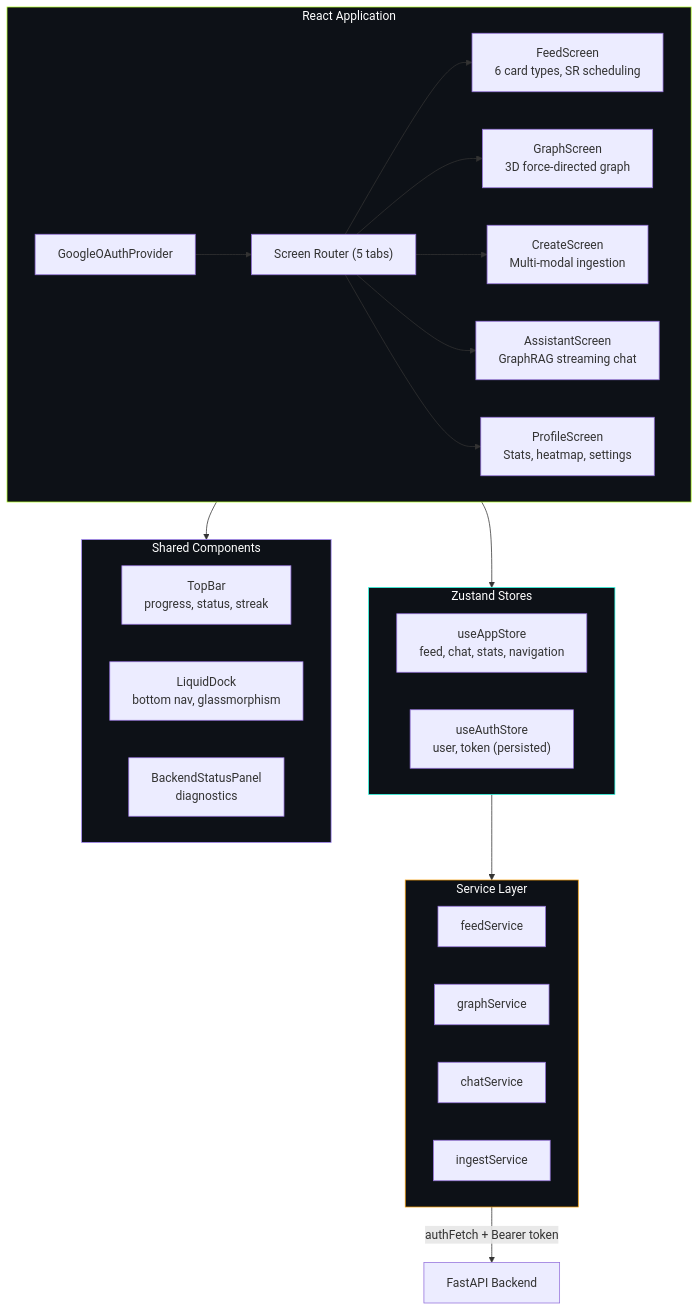
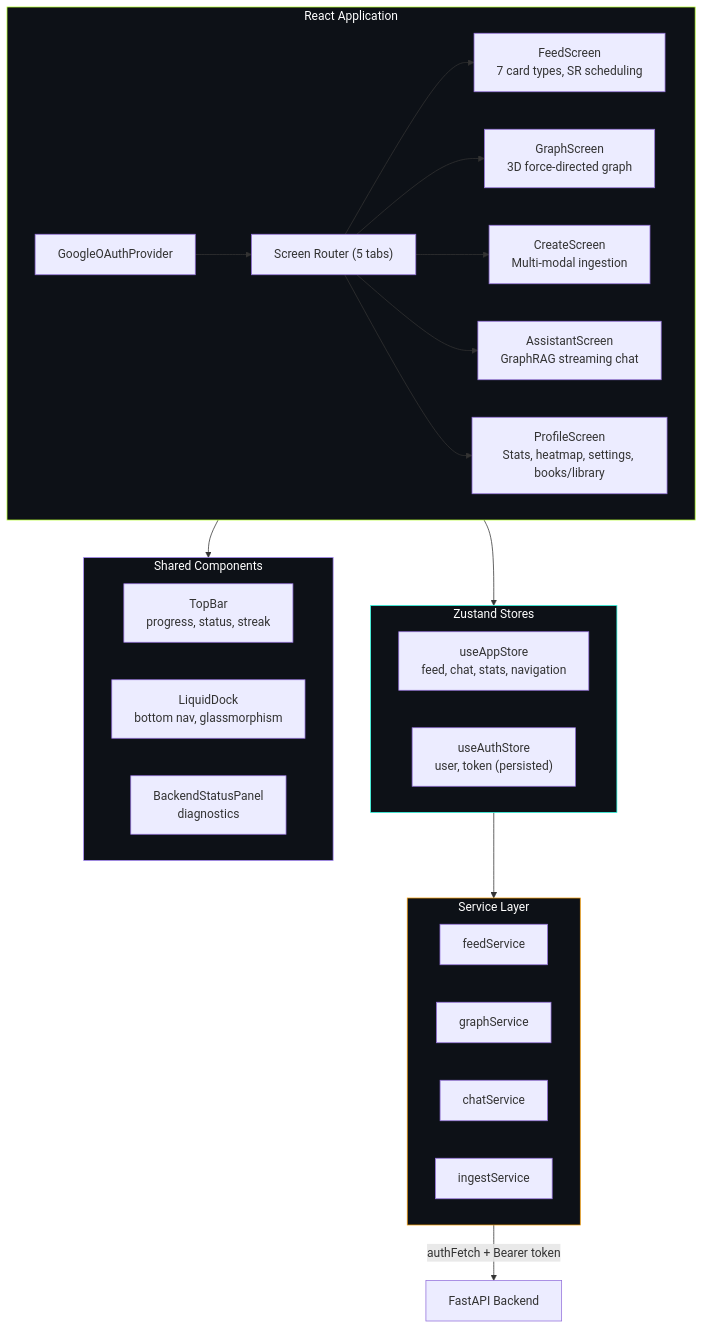
One commit to usnaveen/GraphRecall changed the third of 7 diagrams in README.md. Above: the diagram before and after it, drawn with Mermaid. The commit also changed other lines of this file and 6 other files, not shown here.

````diff
--- a/README.md
+++ b/README.md
@@ -188,41 +202,41 @@
 ```mermaid
 graph TD
     subgraph App["React Application"]
         Auth["GoogleOAuthProvider"]
         Auth --> Router["Screen Router (5 tabs)"]
 
-        Router --> Feed["FeedScreen\n6 card types, SR scheduling"]
+        Router --> Feed["FeedScreen\n7 card types, SR scheduling"]
         Router --> Graph["GraphScreen\n3D force-directed graph"]
         Router --> Create["CreateScreen\nMulti-modal ingestion"]
         Router --> Chat["AssistantScreen\nGraphRAG streaming chat"]
-        Router --> Profile["ProfileScreen\nStats, heatmap, settings"]
+        Router --> Profile["ProfileScreen\nStats, heatmap, settings, books/library"]
     end
 
     subgraph State["Zustand Stores"]
         AppStore["useAppStore\nfeed, chat, stats, navigation"]
         AuthStore["useAuthStore\nuser, token (persisted)"]
     end
 
     subgraph UI["Shared Components"]
         TopBar["TopBar\nprogress, status, streak"]
         Dock["LiquidDock\nbottom nav, glassmorphism"]
         Status["BackendStatusPanel\ndiagnostics"]
     end
 
     subgraph API["Service Layer"]
         FeedSvc["feedService"]
         GraphSvc["graphService"]
         ChatSvc["chatService"]
         IngestSvc["ingestService"]
     end
 
     App --> State
     App --> UI
     State --> API
     API -->|"authFetch + Bearer token"| Backend["FastAPI Backend"]
 
     style App fill:#0d1117,stroke:#B6FF2E,color:#fff
     style State fill:#0d1117,stroke:#2EFFE6,color:#fff
     style UI fill:#0d1117,stroke:#a78bfa,color:#fff
     style API fill:#0d1117,stroke:#f59e0b,color:#fff
 ```
````
